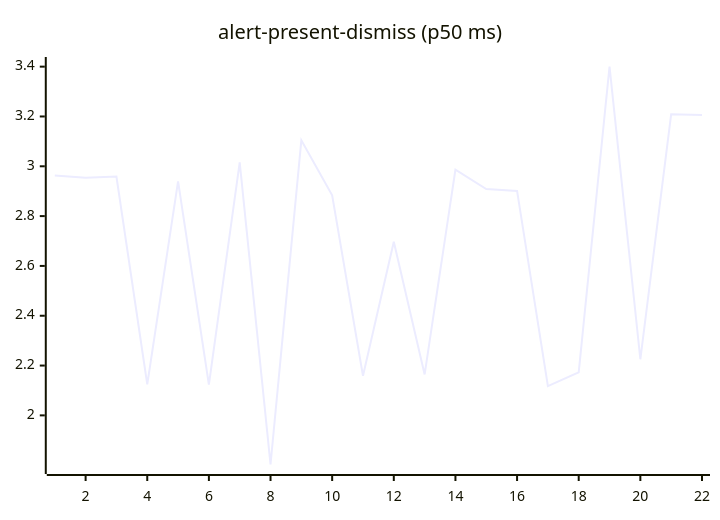
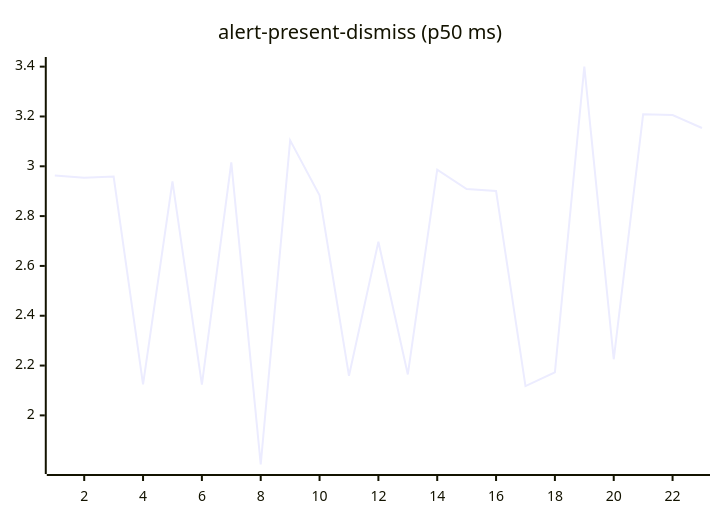
Before and after one commit to josha/Facet: the second of 27 diagrams in README.md, drawn with Mermaid. The commit also changed other lines of this file and 2 other files, not shown here.

````diff
--- a/README.md
+++ b/README.md
@@ -70,6 +70,6 @@
 ```mermaid
 xychart-beta
     title "alert-present-dismiss (p50 ms)"
-    x-axis 1 --> 22
-    line [2.9632, 2.9538, 2.9589, 2.1244, 2.9396, 2.1232, 3.0157, 1.8028, 3.1043, 2.8834, 2.1588, 2.6974, 2.1643, 2.9862, 2.9085, 2.9011, 2.1177, 2.1729, 3.4006, 2.2253, 3.2090, 3.2058]
+    x-axis 1 --> 23
+    line [2.9632, 2.9538, 2.9589, 2.1244, 2.9396, 2.1232, 3.0157, 1.8028, 3.1043, 2.8834, 2.1588, 2.6974, 2.1643, 2.9862, 2.9085, 2.9011, 2.1177, 2.1729, 3.4006, 2.2253, 3.2090, 3.2058, 3.1536]
 ```
````
